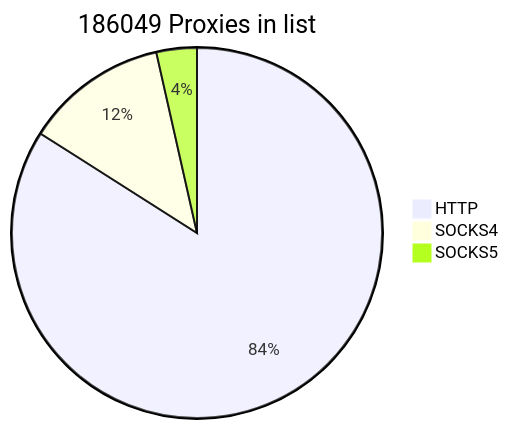
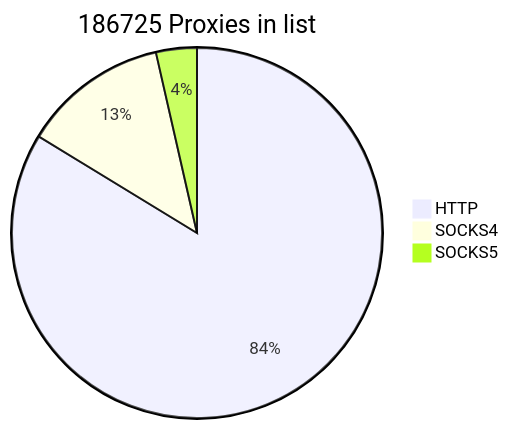
One commit to cutipu/proxylist changed the first of 2 diagrams in README.md. Above: the diagram before and after it, drawn with Mermaid. The commit also changed other lines of this file, not shown here.

````diff
--- a/README.md
+++ b/README.md
@@ -2,7 +2,7 @@
 ```mermaid
-pie title 186049 Proxies in list
-    "HTTP" : 156298
-    "SOCKS4" : 23183
-    "SOCKS5" : 6568
+pie title 186725 Proxies in list
+    "HTTP" : 156317
+    "SOCKS4" : 23757
+    "SOCKS5" : 6651
             
 ```
````
